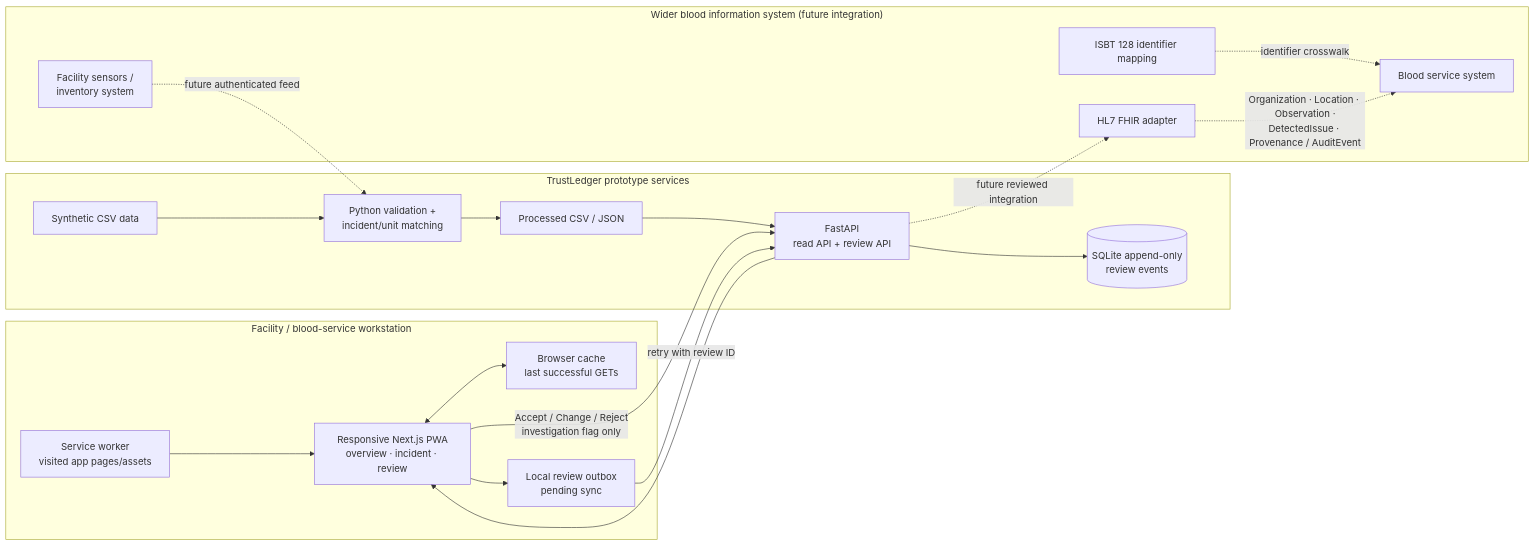
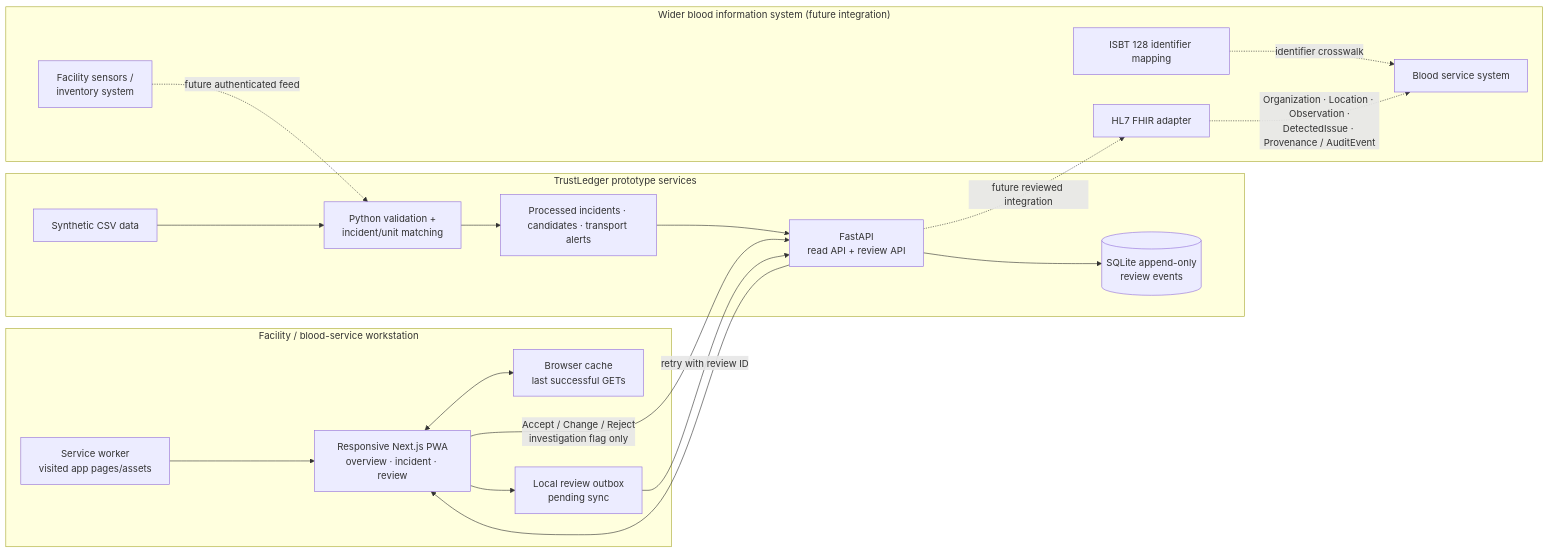
Before and after one commit to isaac-briandt/trustLedger-bct-hackaton-solution-2026: the diagram in docs/architecture.md, drawn with Mermaid. The commit also changed other lines of this file and 4 other files, not shown here.

````diff
--- a/docs/architecture.md
+++ b/docs/architecture.md
@@ -5,35 +5,35 @@
 ```mermaid
 flowchart LR
     subgraph Local["Facility / blood-service workstation"]
         UI["Responsive Next.js PWA<br/>overview · incident · review"]
         CACHE["Browser cache<br/>last successful GETs"]
         OUTBOX["Local review outbox<br/>pending sync"]
         SW["Service worker<br/>visited app pages/assets"]
         UI <--> CACHE
         UI --> OUTBOX
         SW --> UI
     end
 
     subgraph Prototype["TrustLedger prototype services"]
         CSV["Synthetic CSV data"]
         PIPE["Python validation +<br/>incident/unit matching"]
-        OUTPUT["Processed CSV / JSON"]
+        OUTPUT["Processed incidents · candidates · transport alerts"]
         API["FastAPI<br/>read API + review API"]
         AUDIT[("SQLite append-only<br/>review events")]
         CSV --> PIPE --> OUTPUT --> API --> UI
         UI -->|"Accept / Change / Reject<br/>investigation flag only"| API
         API --> AUDIT
         OUTBOX -->|"retry with review ID"| API
     end
 
     subgraph Wider["Wider blood information system (future integration)"]
         SENSOR["Facility sensors /<br/>inventory system"]
         HIS["Blood service system"]
         FHIR["HL7 FHIR adapter"]
         ISBT["ISBT 128 identifier mapping"]
         SENSOR -. "future authenticated feed" .-> PIPE
         API -. "future reviewed integration" .-> FHIR
         ISBT -. "identifier crosswalk" .-> HIS
         FHIR -. "Organization · Location · Observation ·<br/>DetectedIssue · Provenance / AuditEvent" .-> HIS
     end
 ```
````
